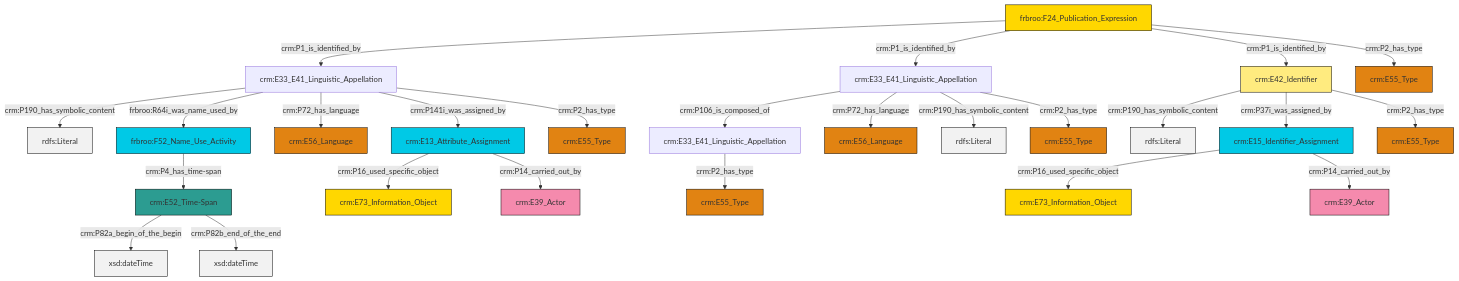
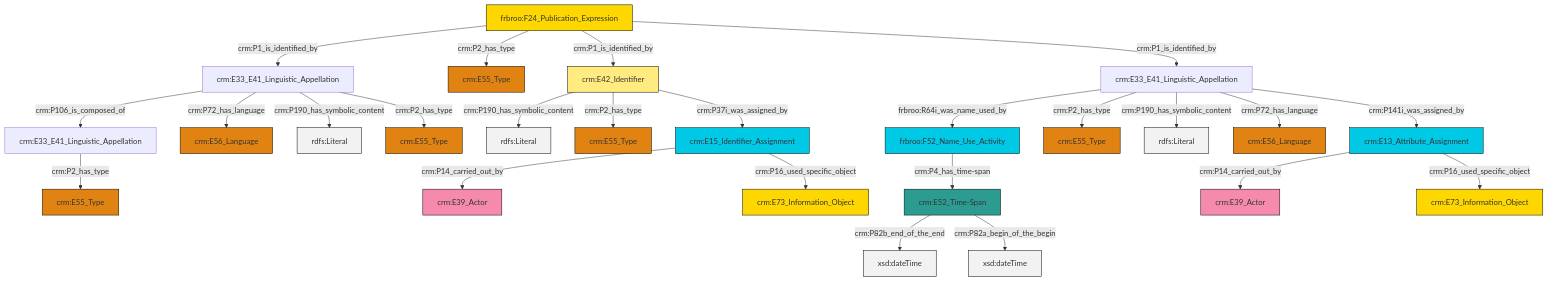
The diagram in et/biblioCSV/ttl/mmd/biblio_name.ttl.mmd (swiss-art-research-net/docs.swissartresearch), drawn with Mermaid before and after one commit. The commit also changed 176 other files, not shown here.

```diff
--- a/et/biblioCSV/ttl/mmd/biblio_name.ttl.mmd
+++ b/et/biblioCSV/ttl/mmd/biblio_name.ttl.mmd
@@ -1,39 +1,39 @@
 graph TD
 classDef Literal fill:#f2f2f2,stroke:#000000;
 classDef CRM_Entity fill:#FFFFFF,stroke:#000000;
 classDef Temporal_Entity fill:#00C9E6, stroke:#000000;
 classDef Type fill:#E18312, stroke:#000000;
 classDef Time-Span fill:#2C9C91, stroke:#000000;
 classDef Appellation fill:#FFEB7F, stroke:#000000;
 classDef Place fill:#008836, stroke:#000000;
 classDef Persistent_Item fill:#B266B2, stroke:#000000;
 classDef Conceptual_Object fill:#FFD700, stroke:#000000;
 classDef Physical_Thing fill:#D2B48C, stroke:#000000;
 classDef Actor fill:#f58aad, stroke:#000000;
 classDef PC_Classes fill:#4ce600, stroke:#000000;
 classDef Multi fill:#cccccc,stroke:#000000;
 
-0["frbroo:F24_Publication_Expression"]:::Conceptual_Object -->|crm:P1_is_identified_by| 1["crm:E33_E41_Linguistic_Appellation"]:::Default
-1["crm:E33_E41_Linguistic_Appellation"]:::Default -->|crm:P190_has_symbolic_content| 11[rdfs:Literal]:::Literal
-12["crm:E33_E41_Linguistic_Appellation"]:::Default -->|crm:P106_is_composed_of| 13["crm:E33_E41_Linguistic_Appellation"]:::Default
-12["crm:E33_E41_Linguistic_Appellation"]:::Default -->|crm:P72_has_language| 21["crm:E56_Language"]:::Type
-1["crm:E33_E41_Linguistic_Appellation"]:::Default -->|frbroo:R64i_was_name_used_by| 26["frbroo:F52_Name_Use_Activity"]:::Temporal_Entity
-1["crm:E33_E41_Linguistic_Appellation"]:::Default -->|crm:P72_has_language| 24["crm:E56_Language"]:::Type
-12["crm:E33_E41_Linguistic_Appellation"]:::Default -->|crm:P190_has_symbolic_content| 29[rdfs:Literal]:::Literal
-2["crm:E15_Identifier_Assignment"]:::Temporal_Entity -->|crm:P16_used_specific_object| 30["crm:E73_Information_Object"]:::Conceptual_Object
-15["crm:E42_Identifier"]:::Appellation -->|crm:P190_has_symbolic_content| 31[rdfs:Literal]:::Literal
-1["crm:E33_E41_Linguistic_Appellation"]:::Default -->|crm:P141i_was_assigned_by| 22["crm:E13_Attribute_Assignment"]:::Temporal_Entity
-13["crm:E33_E41_Linguistic_Appellation"]:::Default -->|crm:P2_has_type| 6["crm:E55_Type"]:::Type
-15["crm:E42_Identifier"]:::Appellation -->|crm:P37i_was_assigned_by| 2["crm:E15_Identifier_Assignment"]:::Temporal_Entity
-12["crm:E33_E41_Linguistic_Appellation"]:::Default -->|crm:P2_has_type| 27["crm:E55_Type"]:::Type
-0["frbroo:F24_Publication_Expression"]:::Conceptual_Object -->|crm:P1_is_identified_by| 12["crm:E33_E41_Linguistic_Appellation"]:::Default
-22["crm:E13_Attribute_Assignment"]:::Temporal_Entity -->|crm:P16_used_specific_object| 36["crm:E73_Information_Object"]:::Conceptual_Object
-37["crm:E52_Time-Span"]:::Time-Span -->|crm:P82a_begin_of_the_begin| 38[xsd:dateTime]:::Literal
-2["crm:E15_Identifier_Assignment"]:::Temporal_Entity -->|crm:P14_carried_out_by| 19["crm:E39_Actor"]:::Actor
-0["frbroo:F24_Publication_Expression"]:::Conceptual_Object -->|crm:P1_is_identified_by| 15["crm:E42_Identifier"]:::Appellation
-26["frbroo:F52_Name_Use_Activity"]:::Temporal_Entity -->|crm:P4_has_time-span| 37["crm:E52_Time-Span"]:::Time-Span
-1["crm:E33_E41_Linguistic_Appellation"]:::Default -->|crm:P2_has_type| 32["crm:E55_Type"]:::Type
-15["crm:E42_Identifier"]:::Appellation -->|crm:P2_has_type| 4["crm:E55_Type"]:::Type
-22["crm:E13_Attribute_Assignment"]:::Temporal_Entity -->|crm:P14_carried_out_by| 17["crm:E39_Actor"]:::Actor
-0["frbroo:F24_Publication_Expression"]:::Conceptual_Object -->|crm:P2_has_type| 8["crm:E55_Type"]:::Type
-37["crm:E52_Time-Span"]:::Time-Span -->|crm:P82b_end_of_the_end| 46[xsd:dateTime]:::Literal
+2["crm:E15_Identifier_Assignment"]:::Temporal_Entity -->|crm:P14_carried_out_by| 3["crm:E39_Actor"]:::Actor
+4["frbroo:F24_Publication_Expression"]:::Conceptual_Object -->|crm:P1_is_identified_by| 5["crm:E33_E41_Linguistic_Appellation"]:::Default
+6["crm:E42_Identifier"]:::Appellation -->|crm:P190_has_symbolic_content| 7[rdfs:Literal]:::Literal
+8["crm:E33_E41_Linguistic_Appellation"]:::Default -->|frbroo:R64i_was_name_used_by| 0["frbroo:F52_Name_Use_Activity"]:::Temporal_Entity
+10["crm:E52_Time-Span"]:::Time-Span -->|crm:P82b_end_of_the_end| 11[xsd:dateTime]:::Literal
+8["crm:E33_E41_Linguistic_Appellation"]:::Default -->|crm:P2_has_type| 12["crm:E55_Type"]:::Type
+5["crm:E33_E41_Linguistic_Appellation"]:::Default -->|crm:P106_is_composed_of| 14["crm:E33_E41_Linguistic_Appellation"]:::Default
+5["crm:E33_E41_Linguistic_Appellation"]:::Default -->|crm:P72_has_language| 16["crm:E56_Language"]:::Type
+10["crm:E52_Time-Span"]:::Time-Span -->|crm:P82a_begin_of_the_begin| 17[xsd:dateTime]:::Literal
+5["crm:E33_E41_Linguistic_Appellation"]:::Default -->|crm:P190_has_symbolic_content| 18[rdfs:Literal]:::Literal
+22["crm:E13_Attribute_Assignment"]:::Temporal_Entity -->|crm:P14_carried_out_by| 23["crm:E39_Actor"]:::Actor
+8["crm:E33_E41_Linguistic_Appellation"]:::Default -->|crm:P190_has_symbolic_content| 26[rdfs:Literal]:::Literal
+8["crm:E33_E41_Linguistic_Appellation"]:::Default -->|crm:P72_has_language| 30["crm:E56_Language"]:::Type
+8["crm:E33_E41_Linguistic_Appellation"]:::Default -->|crm:P141i_was_assigned_by| 22["crm:E13_Attribute_Assignment"]:::Temporal_Entity
+5["crm:E33_E41_Linguistic_Appellation"]:::Default -->|crm:P2_has_type| 28["crm:E55_Type"]:::Type
+14["crm:E33_E41_Linguistic_Appellation"]:::Default -->|crm:P2_has_type| 33["crm:E55_Type"]:::Type
+4["frbroo:F24_Publication_Expression"]:::Conceptual_Object -->|crm:P2_has_type| 37["crm:E55_Type"]:::Type
+4["frbroo:F24_Publication_Expression"]:::Conceptual_Object -->|crm:P1_is_identified_by| 6["crm:E42_Identifier"]:::Appellation
+22["crm:E13_Attribute_Assignment"]:::Temporal_Entity -->|crm:P16_used_specific_object| 34["crm:E73_Information_Object"]:::Conceptual_Object
+0["frbroo:F52_Name_Use_Activity"]:::Temporal_Entity -->|crm:P4_has_time-span| 10["crm:E52_Time-Span"]:::Time-Span
+4["frbroo:F24_Publication_Expression"]:::Conceptual_Object -->|crm:P1_is_identified_by| 8["crm:E33_E41_Linguistic_Appellation"]:::Default
+2["crm:E15_Identifier_Assignment"]:::Temporal_Entity -->|crm:P16_used_specific_object| 19["crm:E73_Information_Object"]:::Conceptual_Object
+6["crm:E42_Identifier"]:::Appellation -->|crm:P2_has_type| 24["crm:E55_Type"]:::Type
+6["crm:E42_Identifier"]:::Appellation -->|crm:P37i_was_assigned_by| 2["crm:E15_Identifier_Assignment"]:::Temporal_Entity
```
